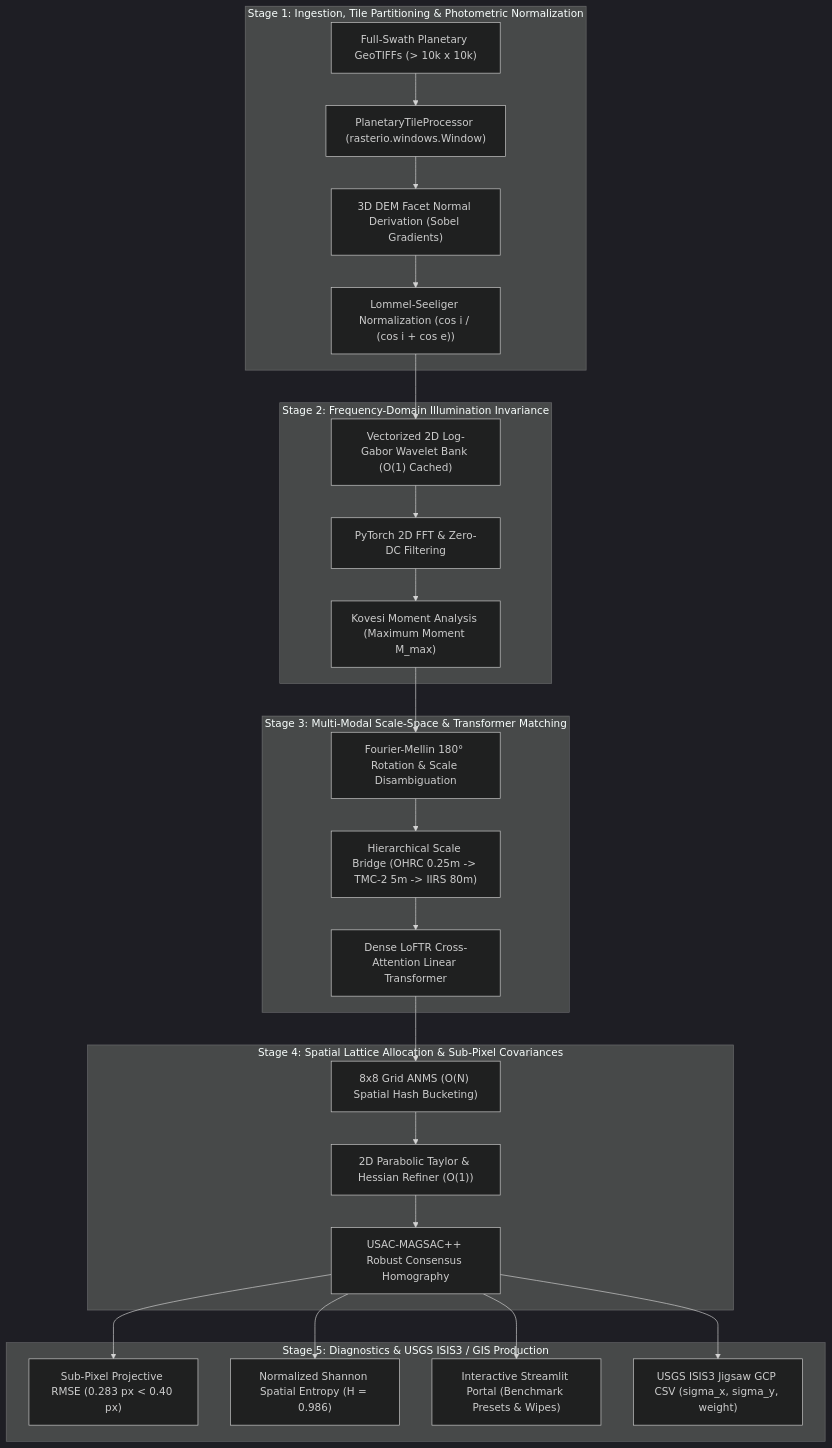
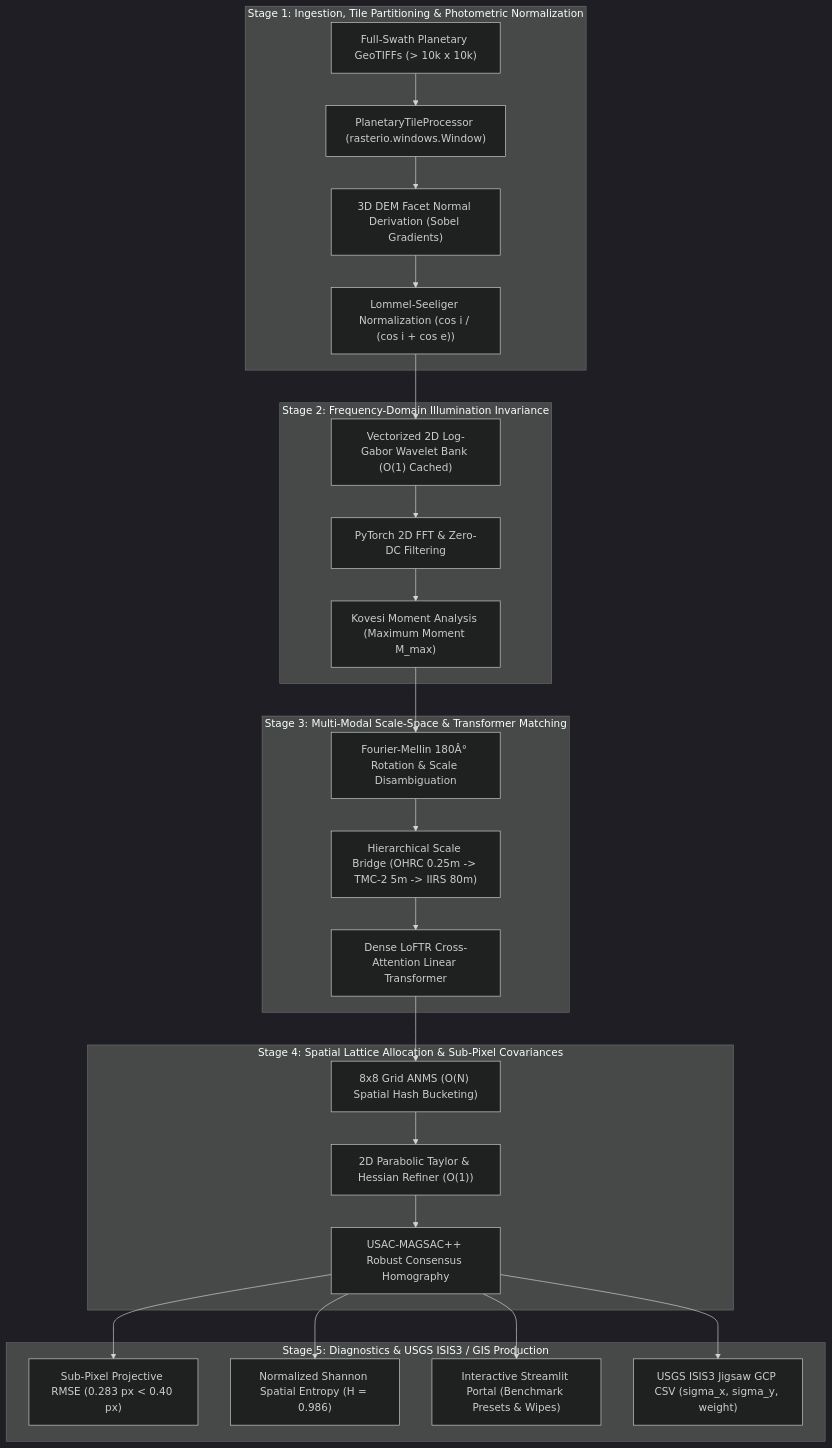
Before and after one commit to AryanXCode646/Samanvaya-1: the diagram in README.md, drawn with Mermaid (dark theme). The commit also changed other lines of this file and 12 other files, not shown here.

````diff
--- a/README.md
+++ b/README.md
@@ -67,33 +67,33 @@
 ```mermaid
 flowchart TD
     subgraph S1["Stage 1: Ingestion, Tile Partitioning & Photometric Normalization"]
         A["Full-Swath Planetary GeoTIFFs (> 10k x 10k)"] --> TP["PlanetaryTileProcessor (rasterio.windows.Window)"]
         TP --> DEM["3D DEM Facet Normal Derivation (Sobel Gradients)"]
         DEM --> PN["Lommel-Seeliger Normalization (cos i / (cos i + cos e))"]
     end
 
     subgraph S2["Stage 2: Frequency-Domain Illumination Invariance"]
         PN --> FB["Vectorized 2D Log-Gabor Wavelet Bank (O(1) Cached)"]
         FB --> FFT["PyTorch 2D FFT & Zero-DC Filtering"]
         FFT --> KM["Kovesi Moment Analysis (Maximum Moment M_max)"]
     end
 
     subgraph S3["Stage 3: Multi-Modal Scale-Space & Transformer Matching"]
-        KM --> FM["Fourier-Mellin 180° Rotation & Scale Disambiguation"]
+        KM --> FM["Fourier-Mellin 180Â° Rotation & Scale Disambiguation"]
         FM --> HB["Hierarchical Scale Bridge (OHRC 0.25m -> TMC-2 5m -> IIRS 80m)"]
         HB --> TR["Dense LoFTR Cross-Attention Linear Transformer"]
     end
 
     subgraph S4["Stage 4: Spatial Lattice Allocation & Sub-Pixel Covariances"]
         TR --> ANMS["8x8 Grid ANMS (O(N) Spatial Hash Bucketing)"]
         ANMS --> TAY["2D Parabolic Taylor & Hessian Refiner (O(1))"]
         TAY --> MAG["USAC-MAGSAC++ Robust Consensus Homography"]
     end
 
     subgraph S5["Stage 5: Diagnostics & USGS ISIS3 / GIS Production"]
         MAG --> MET["Sub-Pixel Projective RMSE (0.283 px &lt; 0.40 px)"]
         MAG --> ENT["Normalized Shannon Spatial Entropy (H = 0.986)"]
         MAG --> UI["Interactive Streamlit Portal (Benchmark Presets & Wipes)"]
         MAG --> ISIS["USGS ISIS3 Jigsaw GCP CSV (sigma_x, sigma_y, weight)"]
     end
 ```
````
